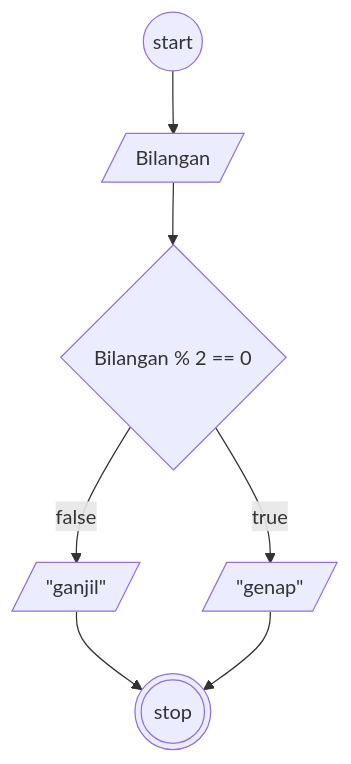
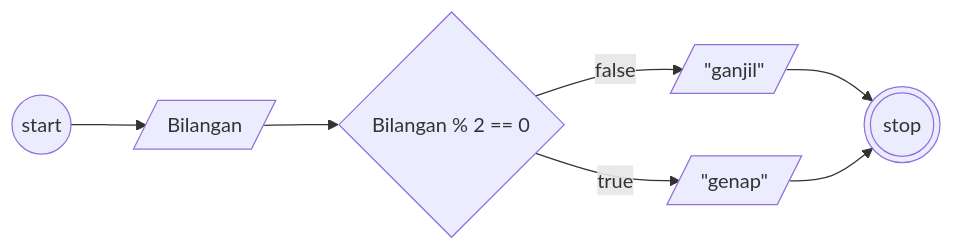
The diagram in ganjil-genap.md (MuhammadWahyuPratama/koda-b8-algoritma), drawn with Mermaid before and after one commit. The commit also changed other lines of this file, not shown here.

````diff
--- a/ganjil-genap.md
+++ b/ganjil-genap.md
@@ -17,14 +17,14 @@
 ```mermaid
-flowchart TD
+flowchart LR
 
 start@{shape: circle, label: "start"}
 bilangan@{shape : lean-r , label: "Bilangan"}
 proses@{shape: diamond, label: "Bilangan % 2 == 0"}
 hasil@{shape: lean-r , label: '"genap"'}
 hasil2@{shape: lean-r , label: '"ganjil"' }
 selesai@{shape: dbl-circ, label: "stop"}
 
 start-->bilangan-->proses--true-->hasil
 proses--false-->hasil2-->selesai
 hasil-->selesai
 ```
````
